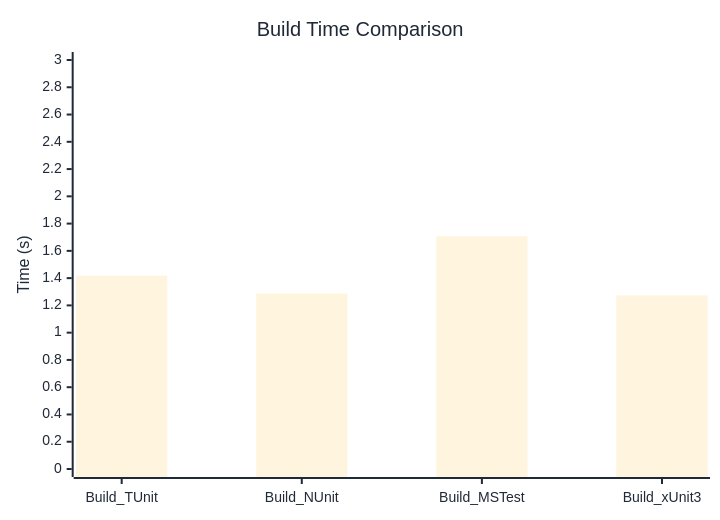
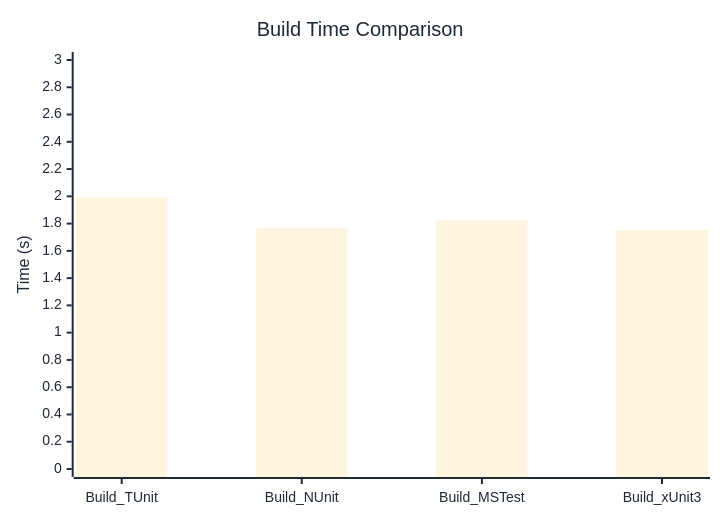
The diagram in docs/docs/benchmarks/BuildTime.md (weiyilai/TUnit), drawn with Mermaid before and after one commit. The commit also changed other lines of this file and 17 other files, not shown here.

````diff
--- a/docs/docs/benchmarks/BuildTime.md
+++ b/docs/docs/benchmarks/BuildTime.md
@@ -28,37 +28,37 @@
 ```mermaid
 %%{init: {
   'theme':'base',
   'themeVariables': {
     'primaryColor': '#2563eb',
     'primaryTextColor': '#1f2937',
     'primaryBorderColor': '#1e40af',
     'lineColor': '#6b7280',
     'secondaryColor': '#7c3aed',
     'tertiaryColor': '#dc2626',
     'background': '#ffffff',
     'mainBkg': '#2563eb',
     'secondBkg': '#7c3aed',
     'tertiaryBkg': '#dc2626',
     'clusterBkg': '#f3f4f6',
     'edgeLabelBackground': '#ffffff',
     'tertiaryTextColor': '#1f2937',
     'pie1': '#2563eb',
     'pie2': '#7c3aed',
     'pie3': '#dc2626',
     'pie4': '#f59e0b',
     'pie5': '#10b981',
     'pie6': '#06b6d4',
     'pie7': '#ec4899',
     'pie8': '#6366f1',
     'pie9': '#84cc16',
     'pie10': '#f97316',
     'pie11': '#14b8a6',
     'pie12': '#a855f7'
   }
 }}%%
 xychart-beta
   title "Build Time Comparison"
   x-axis ["Build_TUnit", "Build_NUnit", "Build_MSTest", "Build_xUnit3"]
   y-axis "Time (s)" 0 --> 3
-  bar [1.418, 1.287, 1.707, 1.273]
+  bar [1.992, 1.767, 1.825, 1.751]
 ```
````
